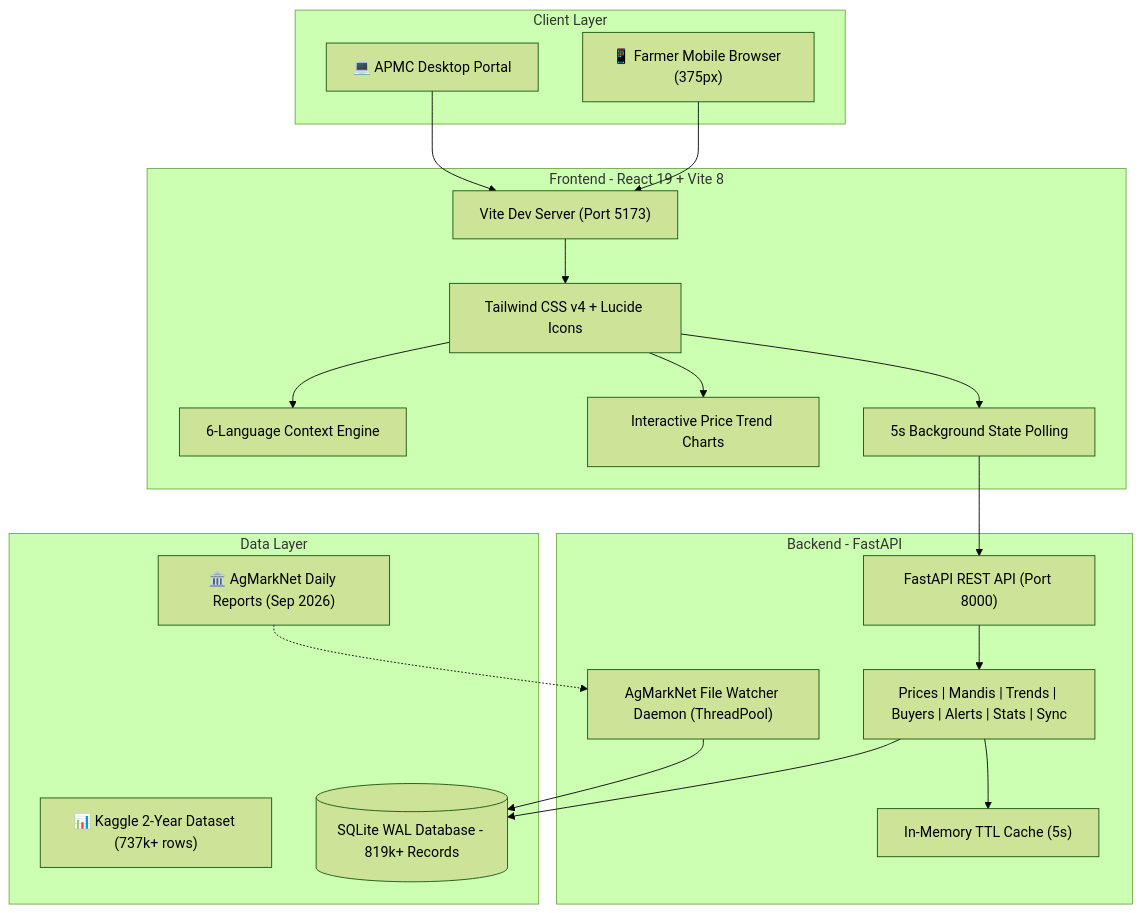
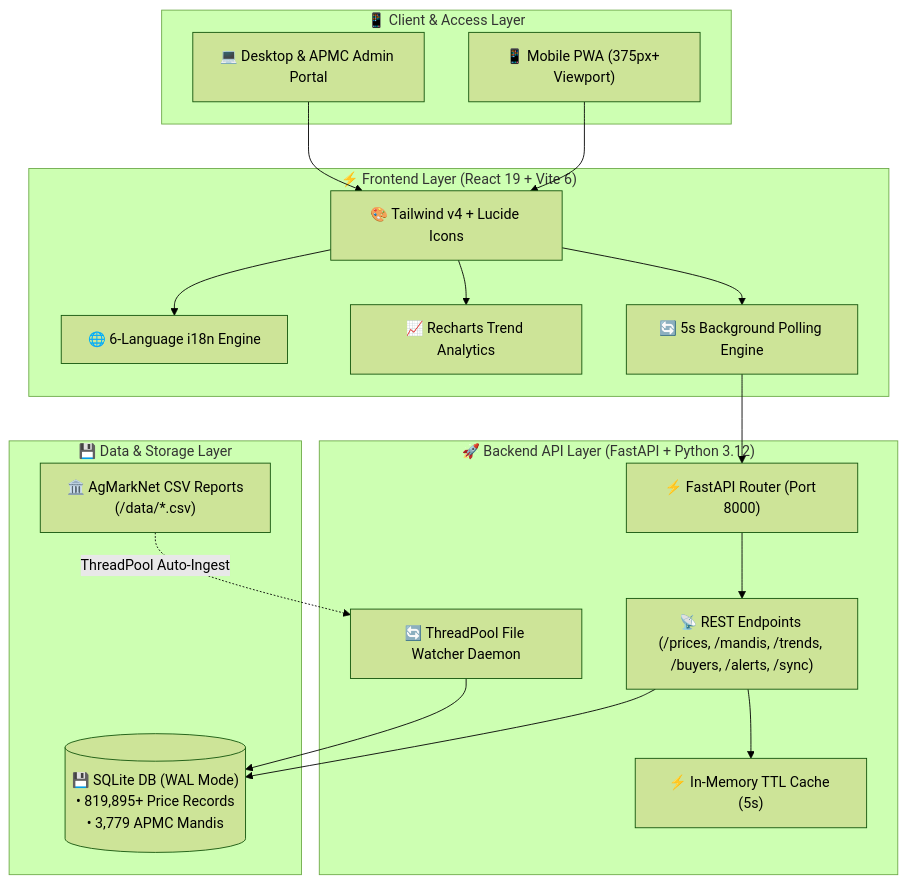
Before and after one commit to mfscpayload-690/KisanMandi-Agri: the diagram in README.md, drawn with Mermaid (forest theme). The commit also changed other lines of this file, not shown here.

Commit message:
docs: enhance system architecture mermaid diagram and README formatting

````diff
--- a/README.md
+++ b/README.md
@@ -28,41 +40,38 @@
 ```mermaid
-graph TD
-    subgraph Client Layer
-        Mobile["📱 Farmer Mobile Browser (375px)"]
-        Desktop["💻 APMC Desktop Portal"]
+flowchart TD
+    subgraph Client ["📱 Client & Access Layer"]
+        Mobile["📱 Mobile PWA (375px+ Viewport)"]
+        Desktop["💻 Desktop & APMC Admin Portal"]
     end
 
-    subgraph Frontend - React 19 + Vite 8
-        Vite["Vite Dev Server (Port 5173)"]
-        UI["Tailwind CSS v4 + Lucide Icons"]
-        i18n["6-Language Context Engine"]
-        Recharts["Interactive Price Trend Charts"]
-        Polling["5s Background State Polling"]
+    subgraph Frontend ["⚡ Frontend Layer (React 19 + Vite 6)"]
+        UI["🎨 Tailwind v4 + Lucide Icons"]
+        i18n["🌐 6-Language i18n Engine"]
+        Recharts["📈 Recharts Trend Analytics"]
+        SyncEngine["🔄 5s Background Polling Engine"]
     end
 
-    subgraph Backend - FastAPI
-        API["FastAPI REST API (Port 8000)"]
-        Routers["Prices | Mandis | Trends | Buyers | Alerts | Stats | Sync"]
-        Cache["In-Memory TTL Cache (5s)"]
-        Watcher["AgMarkNet File Watcher Daemon (ThreadPool)"]
+    subgraph Backend ["🚀 Backend API Layer (FastAPI + Python 3.12)"]
+        APIGateway["⚡ FastAPI Router (Port 8000)"]
+        Routers["📡 REST Endpoints (/prices, /mandis, /trends, /buyers, /alerts, /sync)"]
+        TTLCache["⚡ In-Memory TTL Cache (5s)"]
+        WatcherDaemon["🔄 ThreadPool File Watcher Daemon"]
     end
 
-    subgraph Data Layer
-        Govt["🏛️ AgMarkNet Daily Reports (Sep 2026)"]
-        Kaggle["📊 Kaggle 2-Year Dataset (737k+ rows)"]
-        DB[(SQLite WAL Database - 819k+ Records)]
+    subgraph Data ["💾 Data & Storage Layer"]
+        SQLiteDB[("💾 SQLite DB (WAL Mode)<br/>• 819,895+ Price Records<br/>• 3,779 APMC Mandis")]
+        AgMarkNetCSV["🏛️ AgMarkNet CSV Reports<br/>(/data/*.csv)"]
     end
 
-    Mobile --> Vite
-    Desktop --> Vite
-    Vite --> UI
+    Mobile --> UI
+    Desktop --> UI
     UI --> i18n
     UI --> Recharts
-    UI --> Polling
-    Polling --> API
-    API --> Routers
-    Routers --> Cache
-    Routers --> DB
-    Govt -.-> Watcher
-    Watcher --> DB
+    UI --> SyncEngine
+    SyncEngine --> APIGateway
+    APIGateway --> Routers
+    Routers --> TTLCache
+    Routers --> SQLiteDB
+    AgMarkNetCSV -. "ThreadPool Auto-Ingest" .-> WatcherDaemon
+    WatcherDaemon --> SQLiteDB
 ```
````
